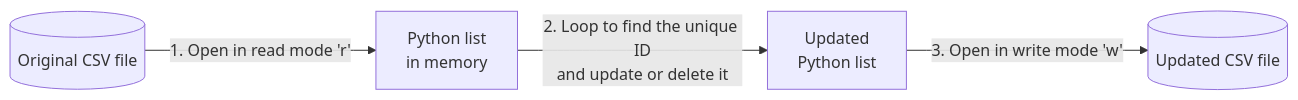
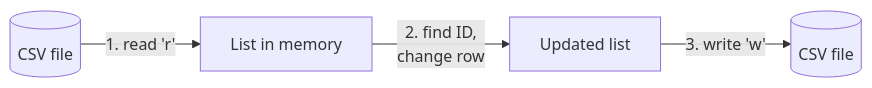
One commit to mrmatho/10dt-slides changed the diagram in pages/32_adding_and_modifying_records.md. Above: the diagram before and after it, drawn with Mermaid. The commit also changed other lines of this file and 2 other files, not shown here.

Commit message:
Update: fixed some git issues

````diff
--- a/pages/32_adding_and_modifying_records.md
+++ b/pages/32_adding_and_modifying_records.md
@@ -137,6 +137,6 @@
 ```mermaid
 flowchart LR
-    A[(Original CSV file)] -- "1. Open in read mode 'r'" --> B[Python list<br>in memory]
-    B -- "2. Loop to find the unique ID<br>and update or delete it" --> C[Updated<br>Python list]
-    C -- "3. Open in write mode 'w'" --> D[(Updated CSV file)]
+    A[(CSV file)] -- "1. read 'r'" --> B[List in memory]
+    B -- "2. find ID,<br>change row" --> C[Updated list]
+    C -- "3. write 'w'" --> D[(CSV file)]
 ```
````
